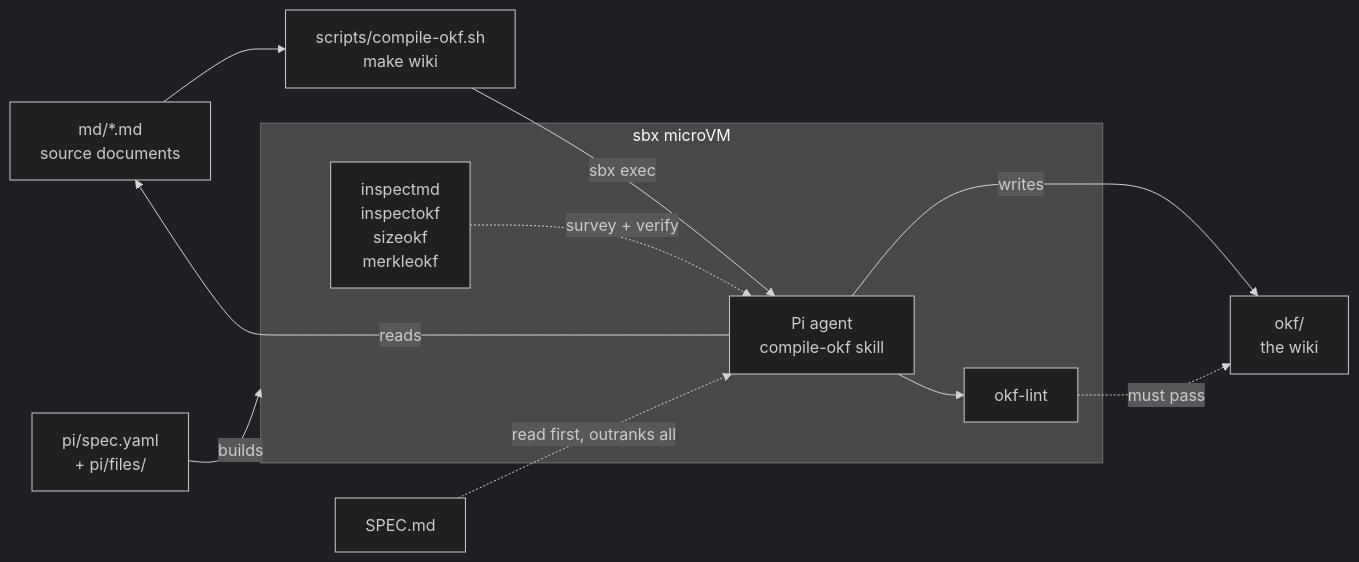
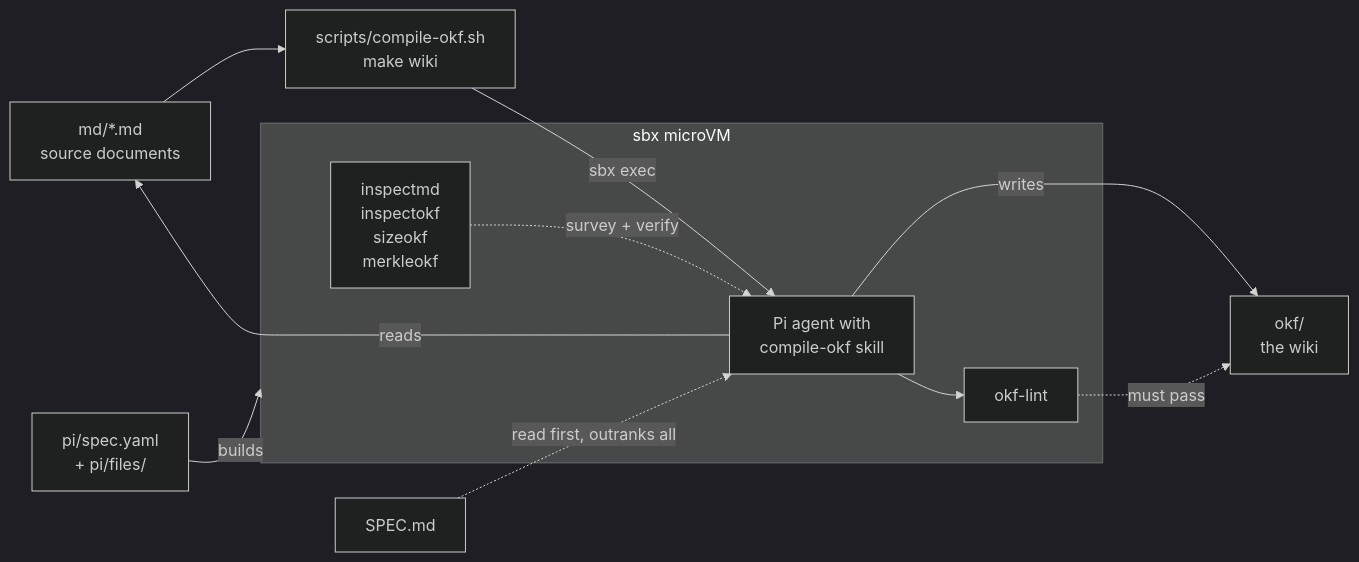
Before and after one commit to lars20070/md2okf: the diagram in README.md, drawn with Mermaid (dark theme). The commit also changed other lines of this file and 1 other file, not shown here.

````diff
--- a/README.md
+++ b/README.md
@@ -101,25 +96,25 @@
 ```mermaid
 flowchart LR
   MD["md/*.md<br/>source documents"]
   DRV["scripts/compile-okf.sh<br/>make wiki"]
   KIT["pi/spec.yaml<br/>+ pi/files/"]
   SPEC["SPEC.md"]
   OKF["okf/<br/>the wiki"]
 
   subgraph VM["sbx microVM"]
-    PI["Pi agent<br/>compile-okf skill"]
+    PI["Pi agent with<br/>compile-okf skill"]
     TOOLS["inspectmd<br/>inspectokf<br/>sizeokf<br/>merkleokf"]
     LINT["okf-lint"]
   end
 
   KIT ~~~ SPEC
   MD --> DRV
   KIT -->|"builds"| VM
   DRV -->|"sbx exec"| PI
   SPEC -.->|"read first, outranks all"| PI
   PI -->|"reads"| MD
   PI -->|"writes"| OKF
   TOOLS -.->|"survey + verify"| PI
   PI --> LINT
   LINT -.->|"must pass"| OKF
 ```
````
